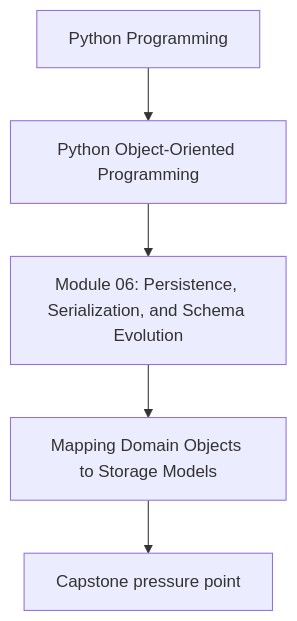
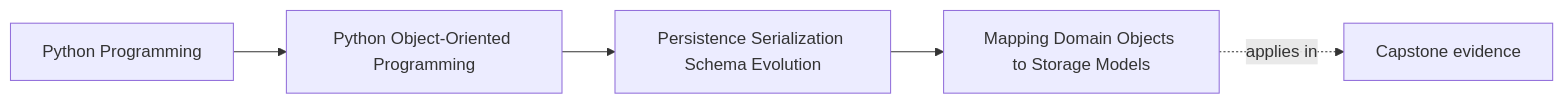
The first of 2 diagrams in programs/python-programming/python-object-oriented-programming/course-book/module-06-persistence-serialization-schema-evolution/mapping-domain-objects-to-storage-models.md (bijux/bijux-masterclass), drawn with Mermaid before and after one commit. The commit also changed other lines of this file and 103 other files, not shown here.

Commit message:
docs(python-object-oriented-programming): map sustainment and capstone surfaces

````diff
--- a/programs/python-programming/python-object-oriented-programming/course-book/module-06-persistence-serialization-schema-evolution/mapping-domain-objects-to-storage-models.md
+++ b/programs/python-programming/python-object-oriented-programming/course-book/module-06-persistence-serialization-schema-evolution/mapping-domain-objects-to-storage-models.md
@@ -7,7 +7,11 @@
 ```mermaid
-flowchart TD
-  family["Python Programming"] --> program["Python Object-Oriented Programming"]
-  program --> module["Module 06: Persistence, Serialization, and Schema Evolution"]
-  module --> concept["Mapping Domain Objects to Storage Models"]
-  concept --> capstone["Capstone pressure point"]
+graph LR
+  family["Python Programming"]
+  program["Python Object-Oriented Programming"]
+  section["Persistence Serialization Schema Evolution"]
+  page["Mapping Domain Objects to Storage Models"]
+  capstone["Capstone evidence"]
+
+  family --> program --> section --> page
+  page -.applies in.-> capstone
 ```
````
